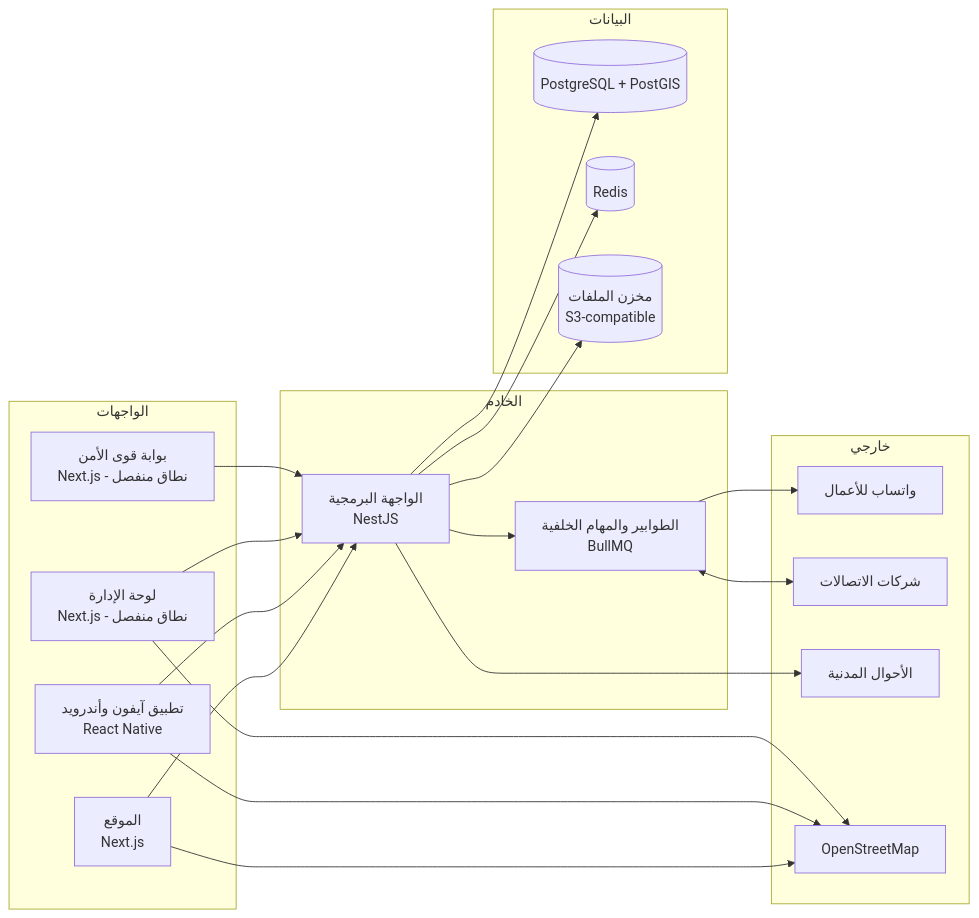
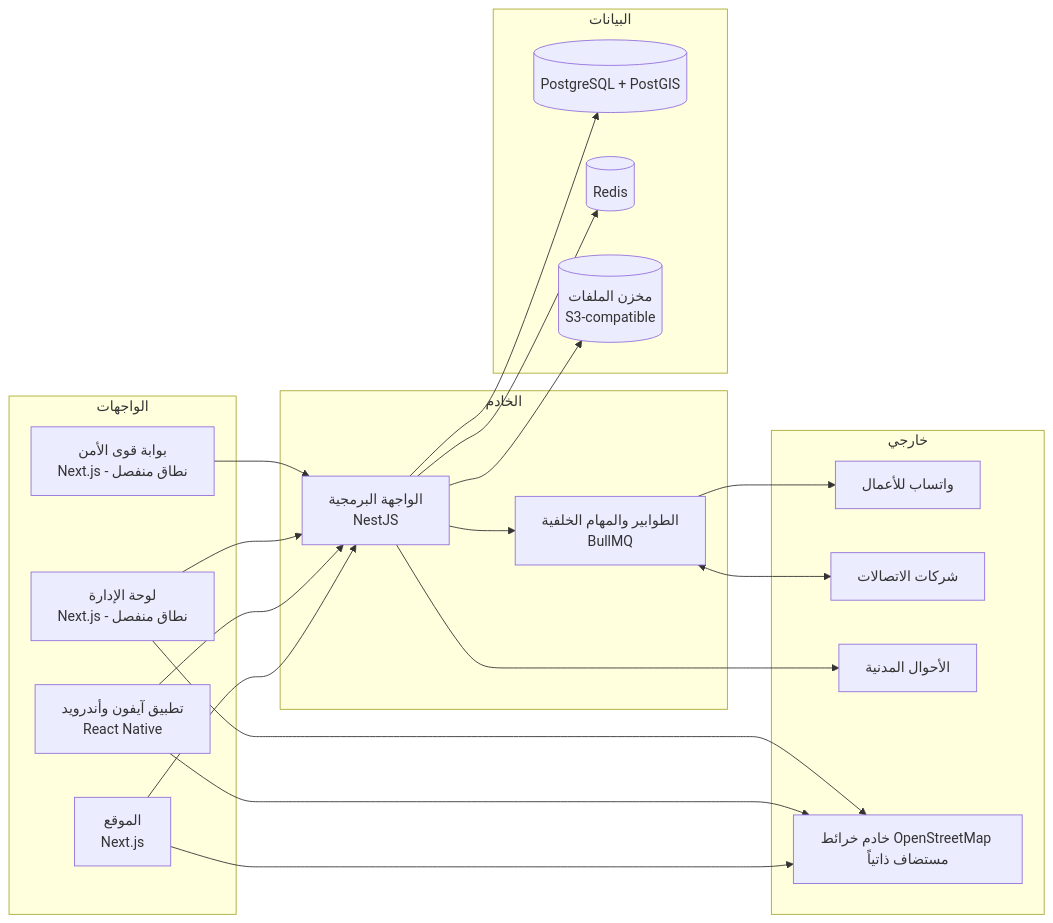
Before and after one commit to servacode/imei: the diagram in docs/10-architecture-and-tech-stack.md, drawn with Mermaid. The commit also changed other lines of this file and 28 other files, not shown here.

````diff
--- a/docs/10-architecture-and-tech-stack.md
+++ b/docs/10-architecture-and-tech-stack.md
@@ -18,38 +18,38 @@
 ```mermaid
 flowchart LR
     subgraph UI [الواجهات]
         W[الموقع<br/>Next.js]
         M[تطبيق آيفون وأندرويد<br/>React Native]
         AD[لوحة الإدارة<br/>Next.js - نطاق منفصل]
         PO[بوابة قوى الأمن<br/>Next.js - نطاق منفصل]
     end
     subgraph BE [الخادم]
         API[الواجهة البرمجية<br/>NestJS]
         Q[الطوابير والمهام الخلفية<br/>BullMQ]
     end
     subgraph DATA [البيانات]
         DB[(PostgreSQL + PostGIS)]
         R[(Redis)]
         S[(مخزن الملفات<br/>S3-compatible)]
     end
     subgraph EXT [خارجي]
         WA[واتساب للأعمال]
         TEL[شركات الاتصالات]
         CIV[الأحوال المدنية]
-        MAP[OpenStreetMap]
+        MAP[خادم خرائط OpenStreetMap مستضاف ذاتياً]
     end
     W --> API
     M --> API
     AD --> API
     PO --> API
     API --> DB
     API --> R
     API --> S
     API --> Q
     Q --> WA
     Q <--> TEL
     API --> CIV
     W --> MAP
     M --> MAP
     AD --> MAP
 ```
````
